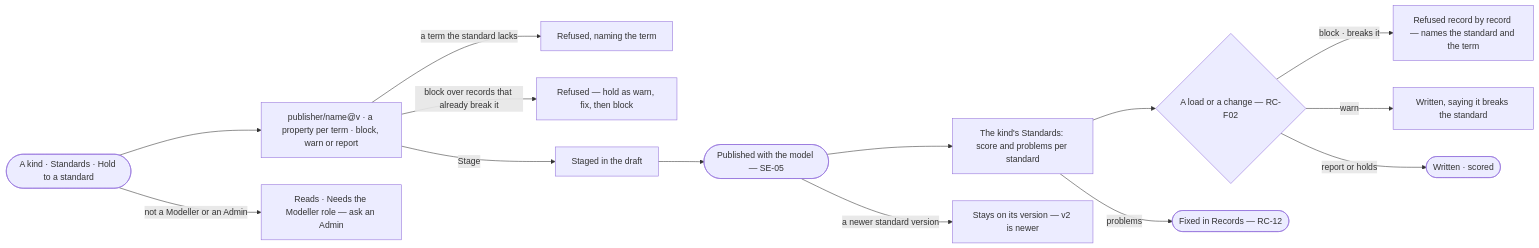
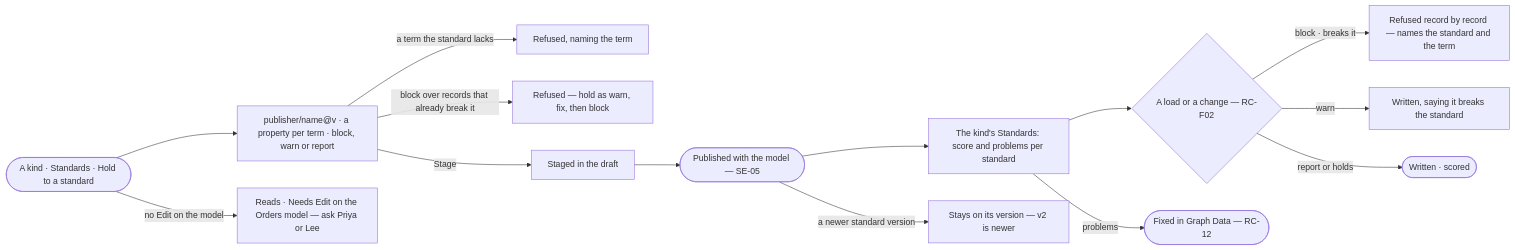
The diagram in specs/capabilities/semantics/features/SE-F07-rules/stories/SE-19-hold-a-kind-to-a-standard/story.md (invana/invana), drawn with Mermaid before and after one commit. The commit also changed other lines of this file and 456 other files, not shown here.

````diff
--- a/specs/capabilities/semantics/features/SE-F07-rules/stories/SE-19-hold-a-kind-to-a-standard/story.md
+++ b/specs/capabilities/semantics/features/SE-F07-rules/stories/SE-19-hold-a-kind-to-a-standard/story.md
@@ -29,15 +29,15 @@
 ```mermaid
 flowchart LR
   a([A kind · Standards · Hold to a standard]) --> s["publisher/name@v · a property per term · block, warn or report"]
   s -->|a term the standard lacks| x1["Refused, naming the term"]
   s -->|block over records that already break it| x2["Refused — hold as warn, fix, then block"]
   s -->|Stage| d["Staged in the draft"] --> pub(["Published with the model — SE-05"])
   pub --> c["The kind's Standards: score and problems per standard"]
   c --> ld{A load or a change — RC-F02}
   ld -->|block · breaks it| b["Refused record by record — names the standard and the term"]
   ld -->|warn| w["Written, saying it breaks the standard"]
   ld -->|report or holds| r(["Written · scored"])
-  c -->|problems| q(["Fixed in Records — RC-12"])
+  c -->|problems| q(["Fixed in Graph Data — RC-12"])
   pub -->|a newer standard version| pin["Stays on its version — v2 is newer"]
-  a -->|not a Modeller or an Admin| na["Reads · Needs the Modeller role — ask an Admin"]
+  a -->|no Edit on the model| na["Reads · Needs Edit on the Orders model — ask Priya or Lee"]
 ```
````
